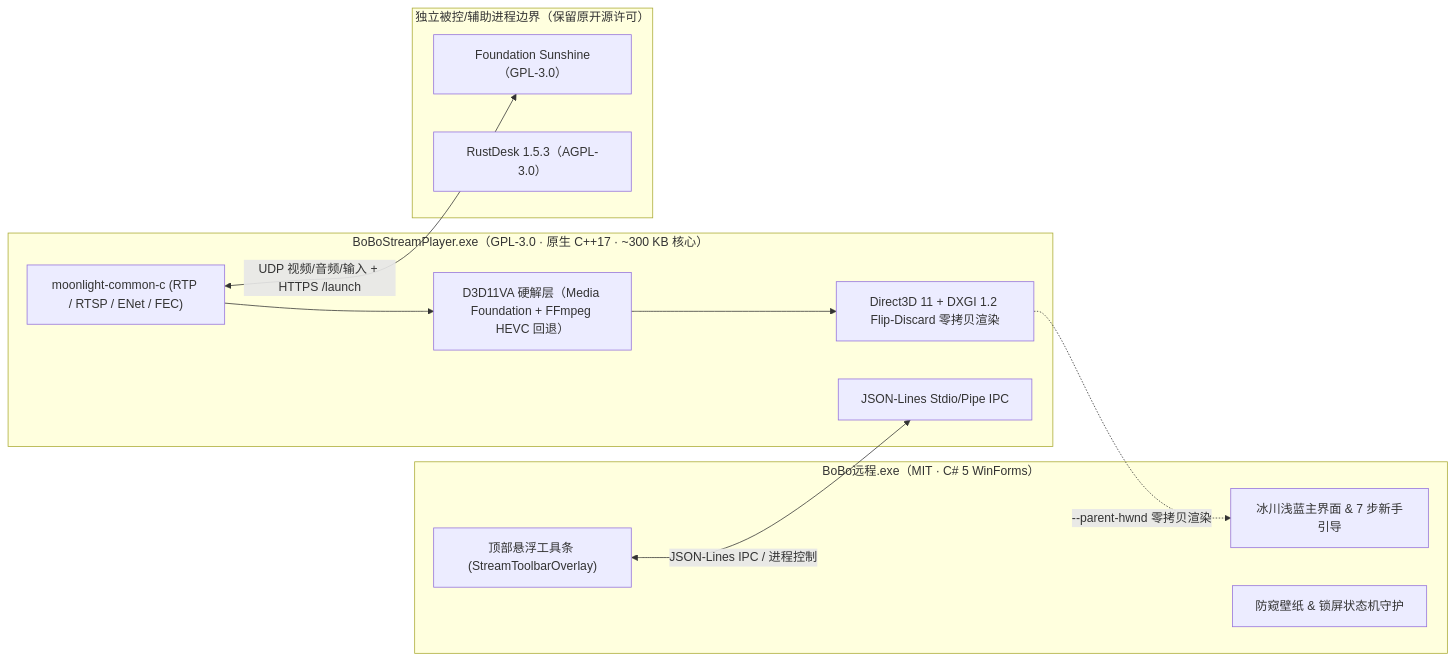
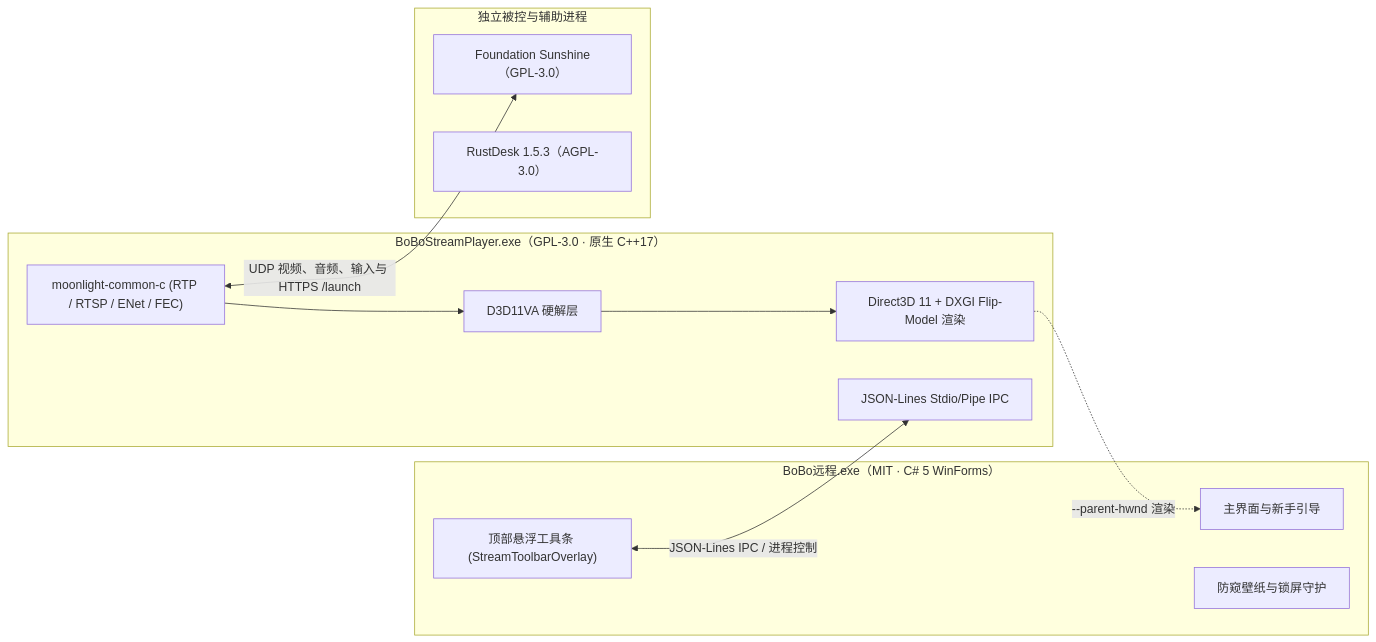
One commit to Gluxggg/BoBo-Remote changed the diagram in docs/V5-NATIVE-STREAM-PLAN.md. Above: the diagram before and after it, drawn with Mermaid. The commit also changed other lines of this file and 111 other files, not shown here.

````diff
--- a/docs/V5-NATIVE-STREAM-PLAN.md
+++ b/docs/V5-NATIVE-STREAM-PLAN.md
@@ -7,25 +7,25 @@
 ```mermaid
 flowchart LR
   subgraph MIT["BoBo远程.exe（MIT · C# 5 WinForms）"]
-    UI["冰川浅蓝主界面 & 7 步新手引导"]
+    UI["主界面与新手引导"]
     BAR["顶部悬浮工具条 (StreamToolbarOverlay)"]
-    PRIV["防窥壁纸 & 锁屏状态机守护"]
+    PRIV["防窥壁纸与锁屏守护"]
   end
 
-  subgraph GPL["BoBoStreamPlayer.exe（GPL-3.0 · 原生 C++17 · ~300 KB 核心）"]
+  subgraph GPL["BoBoStreamPlayer.exe（GPL-3.0 · 原生 C++17）"]
     IPC["JSON-Lines Stdio/Pipe IPC"]
     MC["moonlight-common-c (RTP / RTSP / ENet / FEC)"]
-    DEC["D3D11VA 硬解层（Media Foundation + FFmpeg HEVC 回退）"]
-    REN["Direct3D 11 + DXGI 1.2 Flip-Discard 零拷贝渲染"]
+    DEC["D3D11VA 硬解层"]
+    REN["Direct3D 11 + DXGI Flip-Model 渲染"]
     MC --> DEC --> REN
   end
 
-  subgraph EXT["独立被控/辅助进程边界（保留原开源许可）"]
+  subgraph EXT["独立被控与辅助进程"]
     SUN["Foundation Sunshine（GPL-3.0）"]
     RD["RustDesk 1.5.3（AGPL-3.0）"]
   end
 
   BAR <-->|"JSON-Lines IPC / 进程控制"| IPC
-  REN -.->|"--parent-hwnd 零拷贝渲染"| UI
-  MC <-->|"UDP 视频/音频/输入 + HTTPS /launch"| SUN
+  REN -.->|"--parent-hwnd 渲染"| UI
+  MC <-->|"UDP 视频、音频、输入与 HTTPS /launch"| SUN
 ```
````
